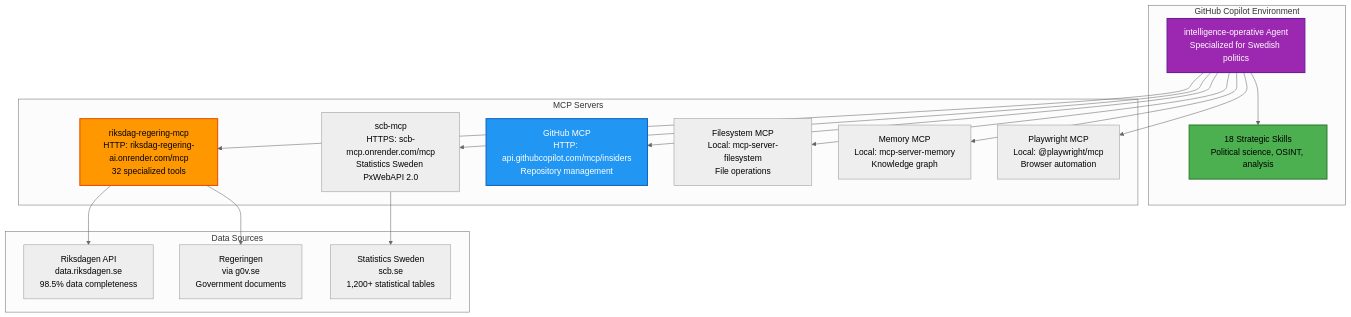
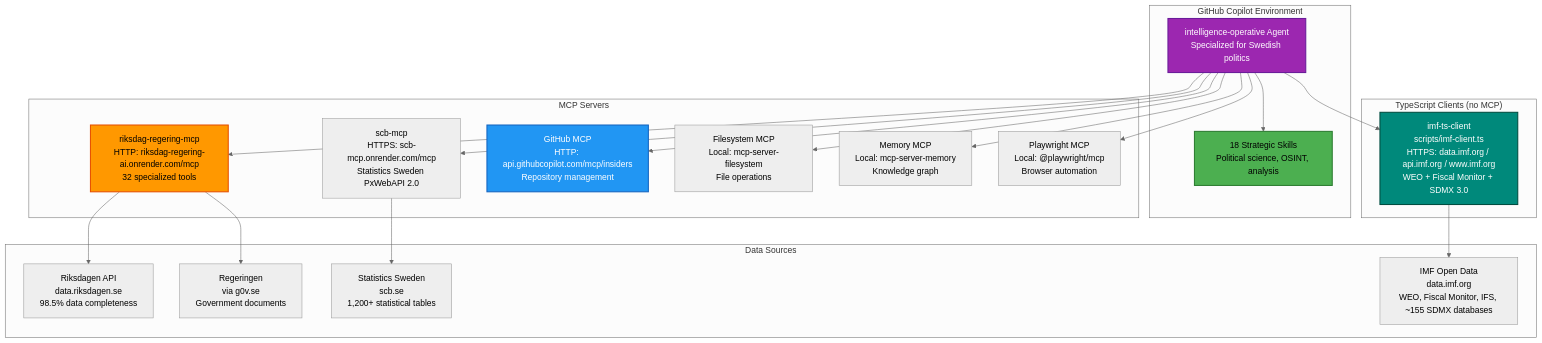
One commit to Hack23/riksdagsmonitor changed diagram 16 of 16 in ARCHITECTURE.md. Above: the diagram before and after it, drawn with Mermaid (neutral theme). The commit also changed other lines of this file and 12 other files, not shown here.

First line of the commit message:
docs: add IMF data source to README, architecture, threat, and 11 other ISMS docs

````diff
--- a/ARCHITECTURE.md
+++ b/ARCHITECTURE.md
@@ -1559,39 +1568,47 @@
 ```mermaid
 graph TB
     subgraph "GitHub Copilot Environment"
         Agent[intelligence-operative Agent<br/>Specialized for Swedish politics]
         Skills[18 Strategic Skills<br/>Political science, OSINT, analysis]
     end
     
     subgraph "MCP Servers"
         RR[riksdag-regering-mcp<br/>HTTP: riksdag-regering-ai.onrender.com/mcp<br/>32 specialized tools]
         SCB[scb-mcp<br/>HTTPS: scb-mcp.onrender.com/mcp<br/>Statistics Sweden PxWebAPI 2.0]
         GH[GitHub MCP<br/>HTTP: api.githubcopilot.com/mcp/insiders<br/>Repository management]
         FS[Filesystem MCP<br/>Local: mcp-server-filesystem<br/>File operations]
         Mem[Memory MCP<br/>Local: mcp-server-memory<br/>Knowledge graph]
         PW[Playwright MCP<br/>Local: @playwright/mcp<br/>Browser automation]
     end
     
+    subgraph "TypeScript Clients (no MCP)"
+        IMF[imf-ts-client<br/>scripts/imf-client.ts<br/>HTTPS: data.imf.org / api.imf.org / www.imf.org<br/>WEO + Fiscal Monitor + SDMX 3.0]
+    end
+    
     subgraph "Data Sources"
         Riksdag[Riksdagen API<br/>data.riksdagen.se<br/>98.5% data completeness]
         Regering[Regeringen<br/>via g0v.se<br/>Government documents]
         SCBData[Statistics Sweden<br/>scb.se<br/>1,200+ statistical tables]
+        IMFData[IMF Open Data<br/>data.imf.org<br/>WEO, Fiscal Monitor, IFS, ~155 SDMX databases]
     end
     
     Agent --> Skills
     Agent --> RR
     Agent --> SCB
+    Agent --> IMF
     Agent --> GH
     Agent --> FS
     Agent --> Mem
     Agent --> PW
     
     RR --> Riksdag
     RR --> Regering
     SCB --> SCBData
+    IMF --> IMFData
     
     style Agent fill:#9c27b0,stroke:#6a1b9a,stroke-width:2px,color:#ffffff
     style Skills fill:#4caf50,stroke:#2e7d32,stroke-width:2px,color:#000000
     style RR fill:#ff9800,stroke:#e65100,stroke-width:2px,color:#000000
+    style IMF fill:#00897b,stroke:#004d40,stroke-width:2px,color:#ffffff
     style GH fill:#2196f3,stroke:#1565c0,stroke-width:2px,color:#ffffff
 ```
````
